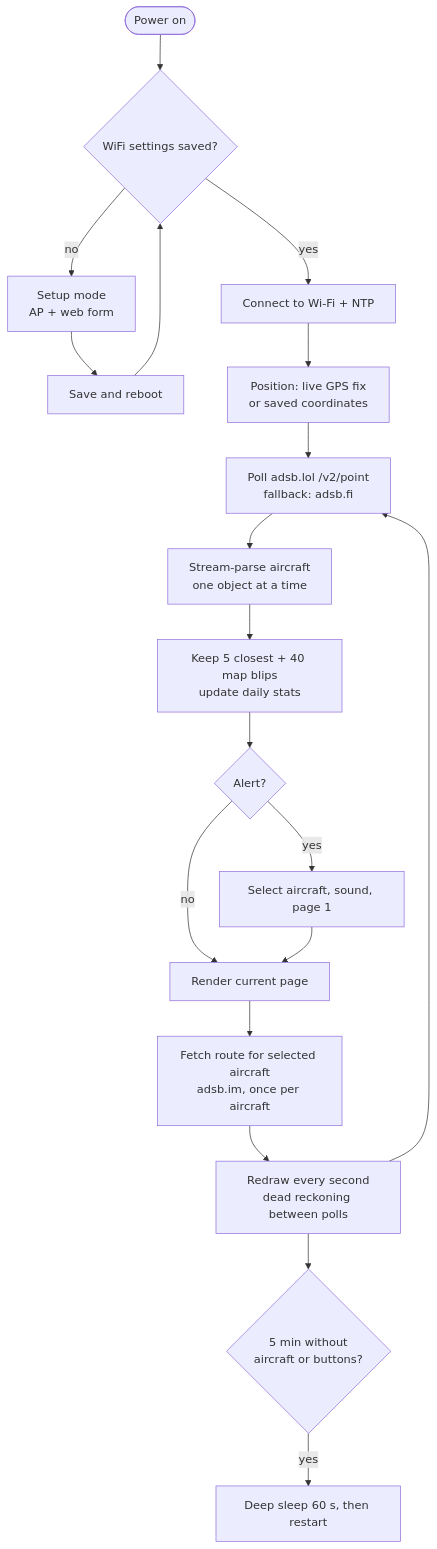
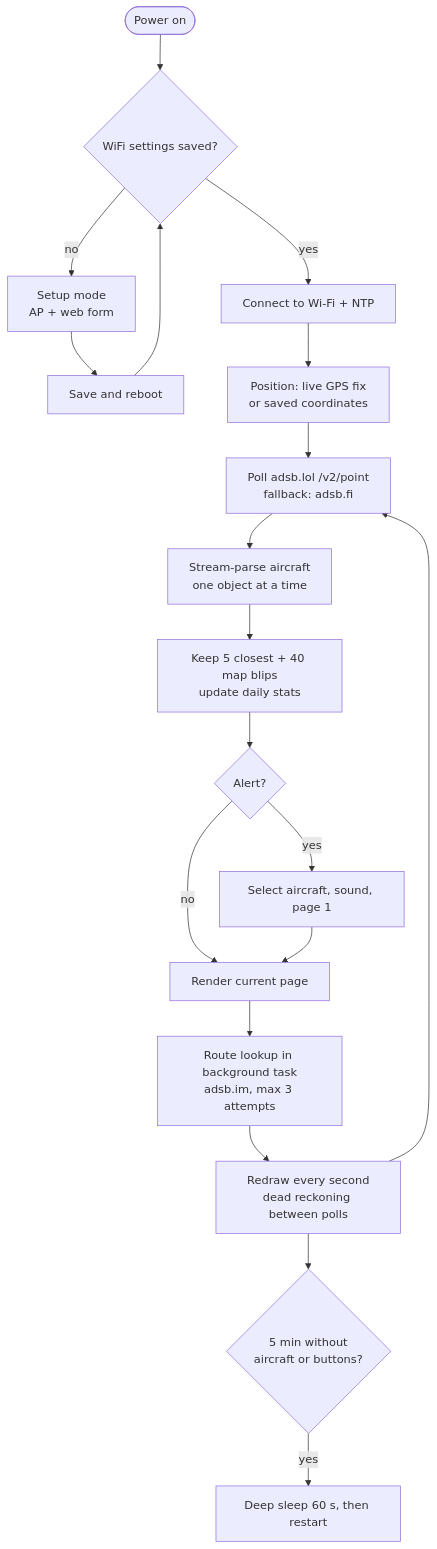
Before and after one commit to svatec/nearplane-plus: the sixth of 6 diagrams in README.md, drawn with Mermaid. The commit also changed other lines of this file and 13 other files, not shown here.

````diff
--- a/README.md
+++ b/README.md
@@ -263,18 +283,18 @@
 ```mermaid
 flowchart TD
     A([Power on]) --> B{WiFi settings saved?}
     B -- no --> C["Setup mode<br/>AP + web form"] --> D[Save and reboot] --> B
     B -- yes --> E[Connect to Wi-Fi + NTP]
     E --> E2["Position: live GPS fix<br/>or saved coordinates"] --> F["Poll adsb.lol /v2/point<br/>fallback: adsb.fi"]
     F --> G["Stream-parse aircraft<br/>one object at a time"]
     G --> H["Keep 5 closest + 40 map blips<br/>update daily stats"]
     H --> I{Alert?}
     I -- yes --> J[Select aircraft, sound, page 1]
     I -- no --> K[Render current page]
     J --> K
-    K --> L["Fetch route for selected aircraft<br/>adsb.im, once per aircraft"]
+    K --> L["Route lookup in background task<br/>adsb.im, max 3 attempts"]
     L --> M["Redraw every second<br/>dead reckoning between polls"]
     M --> F
     M --> N{"5 min without<br/>aircraft or buttons?"}
     N -- yes --> O[Deep sleep 60 s, then restart]
 ```
````
